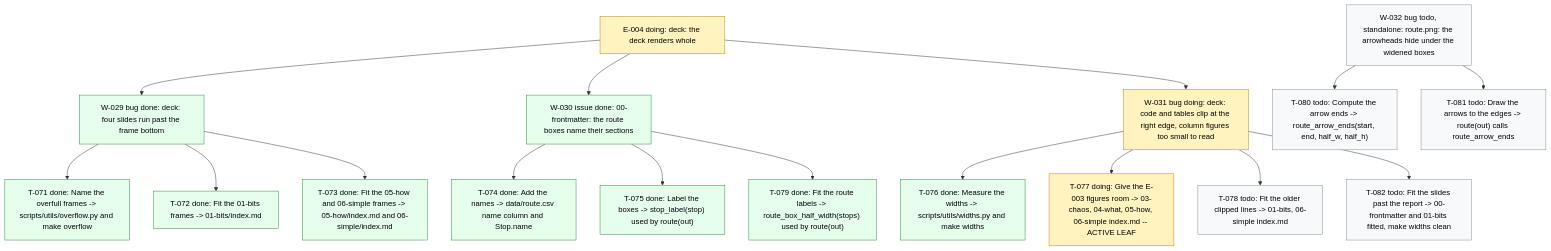
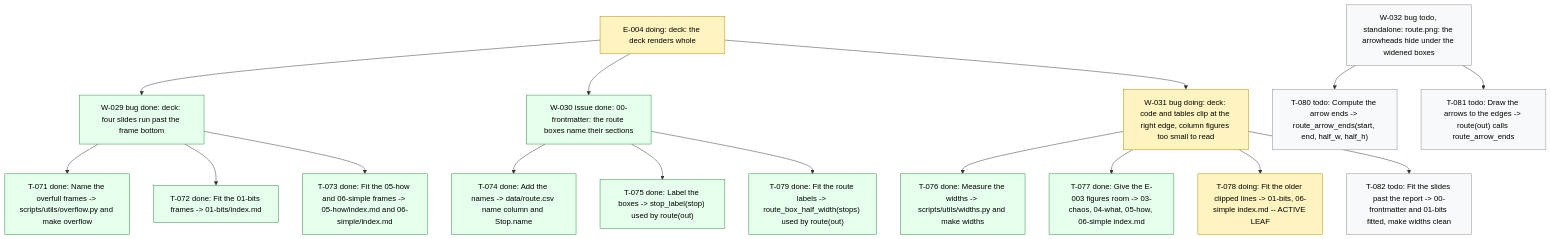
The diagram in .board/BOARD.md (dpopchev/chaos-to-simple), drawn with Mermaid before and after one commit. The commit also changed other lines of this file and 2 other files, not shown here.

Commit message:
chore(board): close T-077, start T-078
Refs: W-031 T-077 T-078

````diff
--- a/.board/BOARD.md
+++ b/.board/BOARD.md
@@ -194,28 +194,28 @@
 ```mermaid
 flowchart TD
   E004["E-004 doing: deck: the deck renders whole"]
   E004 --> W029["W-029 bug done: deck: four slides run past the frame bottom"]
   W029 --> T071["T-071 done: Name the overfull frames -> scripts/utils/overflow.py and make overflow"]
   W029 --> T072["T-072 done: Fit the 01-bits frames -> 01-bits/index.md"]
   W029 --> T073["T-073 done: Fit the 05-how and 06-simple frames -> 05-how/index.md and 06-simple/index.md"]
   E004 --> W030["W-030 issue done: 00-frontmatter: the route boxes name their sections"]
   W030 --> T074["T-074 done: Add the names -> data/route.csv name column and Stop.name"]
   W030 --> T075["T-075 done: Label the boxes -> stop_label(stop) used by route(out)"]
   W030 --> T079["T-079 done: Fit the route labels -> route_box_half_width(stops) used by route(out)"]
   E004 --> W031["W-031 bug doing: deck: code and tables clip at the right edge, column figures too small to read"]
   W031 --> T076["T-076 done: Measure the widths -> scripts/utils/widths.py and make widths"]
-  W031 --> T077["T-077 doing: Give the E-003 figures room -> 03-chaos, 04-what, 05-how, 06-simple index.md -- ACTIVE LEAF"]
-  W031 --> T078["T-078 todo: Fit the older clipped lines -> 01-bits, 06-simple index.md"]
+  W031 --> T077["T-077 done: Give the E-003 figures room -> 03-chaos, 04-what, 05-how, 06-simple index.md"]
+  W031 --> T078["T-078 doing: Fit the older clipped lines -> 01-bits, 06-simple index.md -- ACTIVE LEAF"]
   W031 --> T082["T-082 todo: Fit the slides past the report -> 00-frontmatter and 01-bits fitted, make widths clean"]
   W032["W-032 bug todo, standalone: route.png: the arrowheads hide under the widened boxes"]
   W032 --> T080["T-080 todo: Compute the arrow ends -> route_arrow_ends(start, end, half_w, half_h)"]
   W032 --> T081["T-081 todo: Draw the arrows to the edges -> route(out) calls route_arrow_ends"]
   classDef doing fill:#fff3bf,stroke:#b58900,color:#000;
   classDef blocked fill:#ffe3e3,stroke:#c92a2a,color:#000;
   classDef done fill:#e6ffed,stroke:#2b8a3e,color:#000;
   classDef todo fill:#f8f9fa,stroke:#868e96,color:#000;
   classDef pruned fill:#f1f3f5,stroke:#adb5bd,color:#000;
-  class E004,W031,T077 doing
-  class W029,T071,T072,T073,W030,T074,T075,T079,T076 done
-  class T078,T082,W032,T080,T081 todo
+  class E004,W031,T078 doing
+  class W029,T071,T072,T073,W030,T074,T075,T079,T076,T077 done
+  class T082,W032,T080,T081 todo
 ```
````
